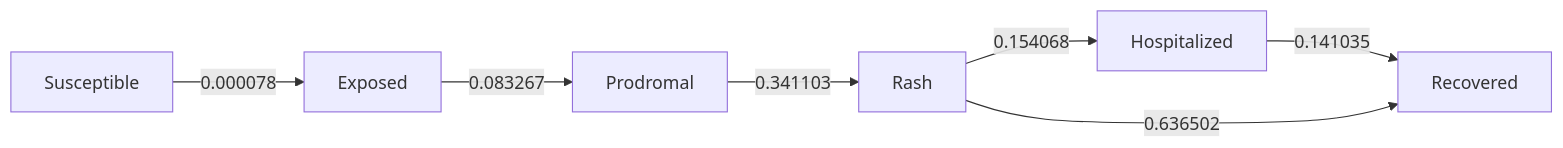
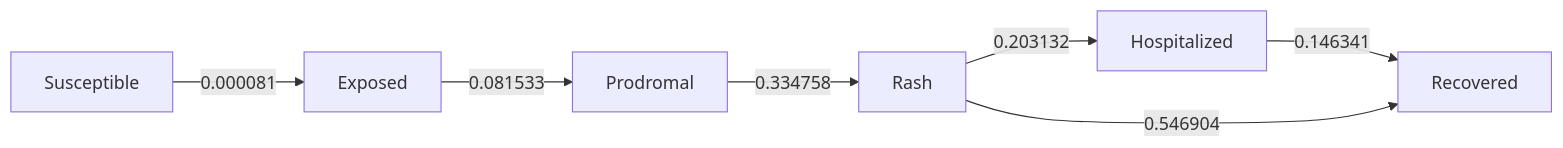
The diagram in scenarios/edgemont_92/README.md (EpiForeSITE/epiworld-measles), drawn with Mermaid before and after one commit. The commit also changed other lines of this file and 29 other files, not shown here.

````diff
--- a/scenarios/edgemont_92/README.md
+++ b/scenarios/edgemont_92/README.md
@@ -136,16 +136,16 @@
 ``` mermaid
 flowchart LR
     s0[Exposed]
     s1[Hospitalized]
     s2[Prodromal]
     s3[Rash]
     s4[Recovered]
     s5[Susceptible]
-    s0 -->|0.083267| s2
-    s1 -->|0.141035| s4
-    s2 -->|0.341103| s3
-    s3 -->|0.154068| s1
-    s3 -->|0.636502| s4
-    s5 -->|0.000078| s0
+    s0 -->|0.081533| s2
+    s1 -->|0.146341| s4
+    s2 -->|0.334758| s3
+    s3 -->|0.203132| s1
+    s3 -->|0.546904| s4
+    s5 -->|0.000081| s0
 
 ```
````
